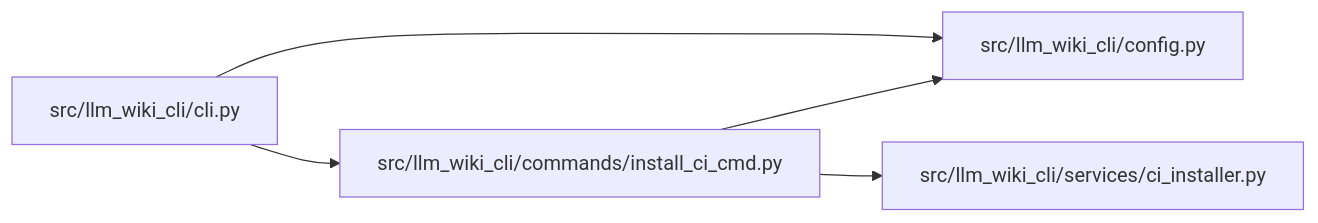
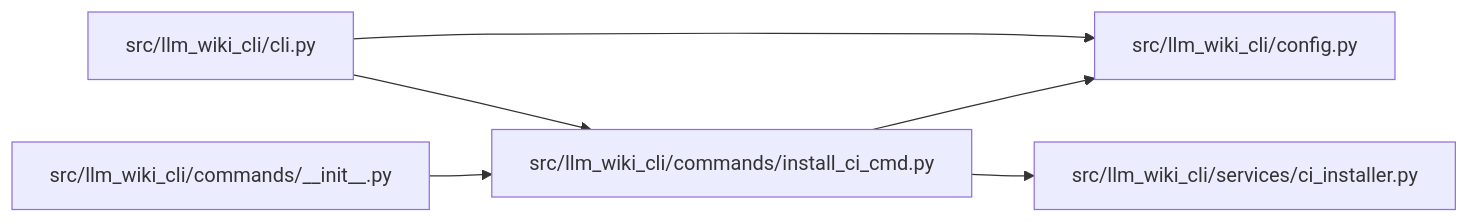
Before and after one commit to Denissvgn/python-wiki-llm: the diagram in docs/llm_wiki/modules/install_ci_cmd.md, drawn with Mermaid. The commit also changed other lines of this file and 554 other files, not shown here.

````diff
--- a/docs/llm_wiki/modules/install_ci_cmd.md
+++ b/docs/llm_wiki/modules/install_ci_cmd.md
@@ -21,15 +21,18 @@
 ```mermaid
 flowchart LR
     n0["src/llm_wiki_cli/cli.py"]
-    n1["src/llm_wiki_cli/commands/install_ci_cmd.py"]
-    n2["src/llm_wiki_cli/config.py"]
-    n3["src/llm_wiki_cli/services/ci_installer.py"]
-    n0 --> n1
+    n1["src/llm_wiki_cli/commands/__init__.py"]
+    n2["src/llm_wiki_cli/commands/install_ci_cmd.py"]
+    n3["src/llm_wiki_cli/config.py"]
+    n4["src/llm_wiki_cli/services/ci_installer.py"]
     n0 --> n2
+    n0 --> n3
     n1 --> n2
-    n1 --> n3
+    n2 --> n3
+    n2 --> n4
     click n0 "../modules/cli.md"
-    click n1 "../modules/install_ci_cmd.md"
-    click n2 "../modules/config.md"
-    click n3 "../modules/ci_installer.md"
+    click n1 "../modules/commands___init__.md"
+    click n2 "../modules/install_ci_cmd.md"
+    click n3 "../modules/config.md"
+    click n4 "../modules/ci_installer.md"
 ```
````
